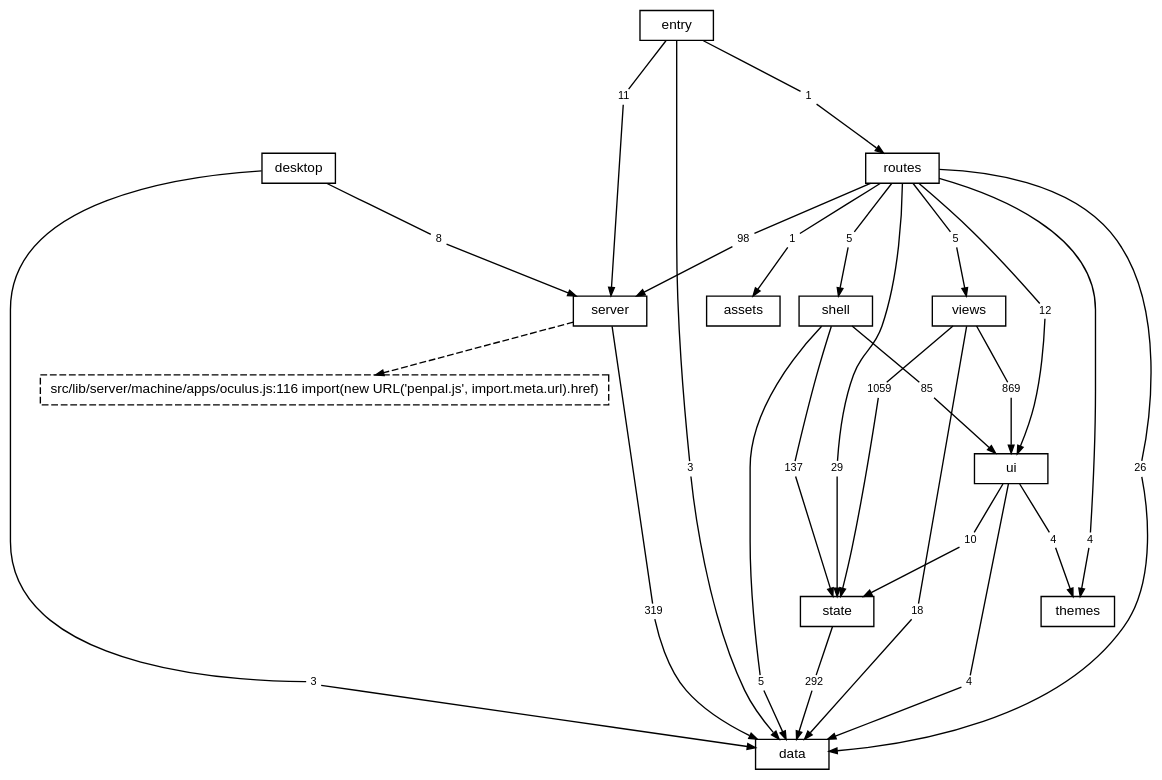
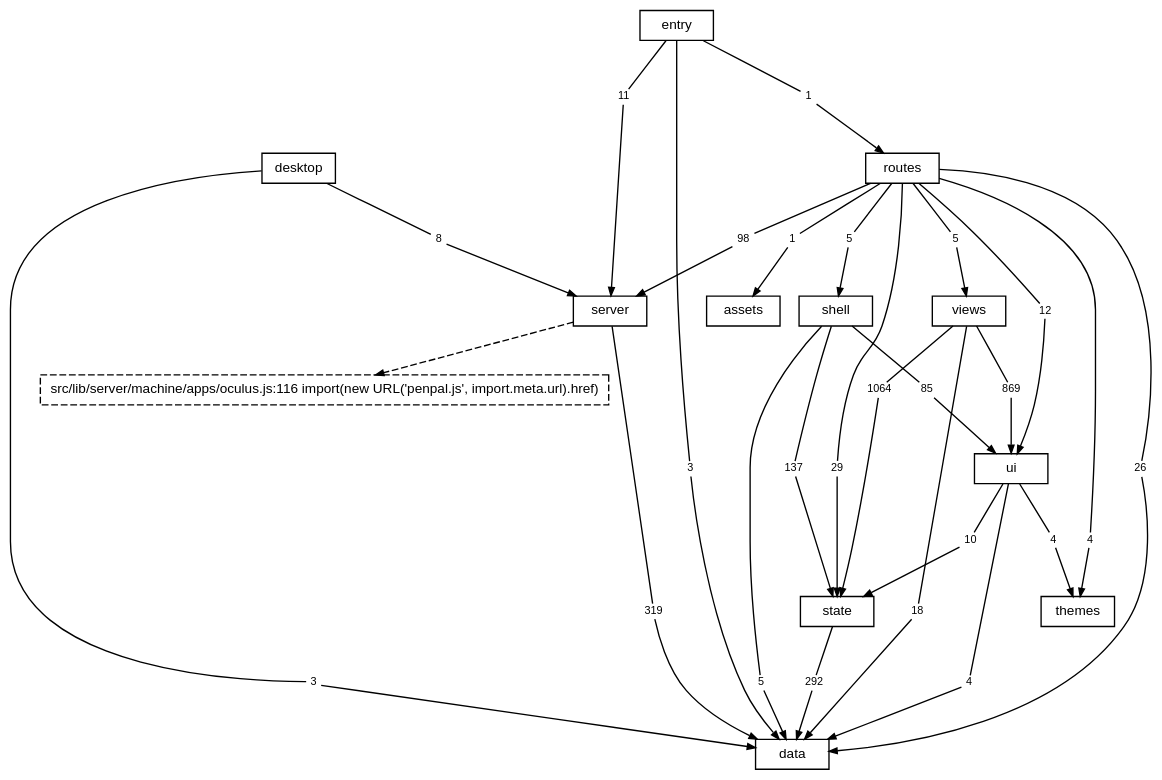
One commit to TheAxeC/oculus changed the diagram in docs/diagrams/layers.dot. Above: the diagram before and after it, drawn with Graphviz. The commit also changed 49 other files, not shown here.

```diff
--- a/docs/diagrams/layers.dot
+++ b/docs/diagrams/layers.dot
@@ -1,90 +1,90 @@
 digraph layers {
     graph [bgcolor="transparent", rankdir=TB, newrank=true, fontname="Helvetica,Arial,sans-serif", fontsize=12, nodesep=0.2, ranksep=0.5];
     node [shape=box, color="black", fontcolor="black", fontname="Helvetica,Arial,sans-serif", fontsize=10, height=0.3, margin="0.12,0.04"];
     edge [color="black", fontcolor="black", fontname="Helvetica,Arial,sans-serif", fontsize=8, arrowsize=0.6];
     "data";
     "server";
     "state";
     "ui";
     "shell";
     "views";
     "themes";
     "routes";
     "desktop";
     "src" [label="entry"];
     "files: assets" [label="assets"];
     "? src/lib/server/machine/apps/oculus.js:116" [label="src/lib/server/machine/apps/oculus.js:116 import(new URL('penpal.js', import.meta.url).href)", style=dashed];
     "desktop to data" [label="3", shape=box, color="transparent", fontsize=8, width=0, height=0, margin="0.04,0.02"];
     "desktop" -> "desktop to data" [arrowhead=none];
     "desktop to data" -> "data" [];
     "desktop to server" [label="8", shape=box, color="transparent", fontsize=8, width=0, height=0, margin="0.04,0.02"];
     "desktop" -> "desktop to server" [arrowhead=none];
     "desktop to server" -> "server" [];
     "routes to data" [label="26", shape=box, color="transparent", fontsize=8, width=0, height=0, margin="0.04,0.02"];
     "routes" -> "routes to data" [arrowhead=none];
     "routes to data" -> "data" [];
     "routes to files: assets" [label="1", shape=box, color="transparent", fontsize=8, width=0, height=0, margin="0.04,0.02"];
     "routes" -> "routes to files: assets" [arrowhead=none];
     "routes to files: assets" -> "files: assets" [];
     "routes to server" [label="98", shape=box, color="transparent", fontsize=8, width=0, height=0, margin="0.04,0.02"];
     "routes" -> "routes to server" [arrowhead=none];
     "routes to server" -> "server" [];
     "routes to shell" [label="5", shape=box, color="transparent", fontsize=8, width=0, height=0, margin="0.04,0.02"];
     "routes" -> "routes to shell" [arrowhead=none];
     "routes to shell" -> "shell" [];
     "routes to state" [label="29", shape=box, color="transparent", fontsize=8, width=0, height=0, margin="0.04,0.02"];
     "routes" -> "routes to state" [arrowhead=none];
     "routes to state" -> "state" [];
     "routes to themes" [label="4", shape=box, color="transparent", fontsize=8, width=0, height=0, margin="0.04,0.02"];
     "routes" -> "routes to themes" [arrowhead=none];
     "routes to themes" -> "themes" [];
     "routes to ui" [label="12", shape=box, color="transparent", fontsize=8, width=0, height=0, margin="0.04,0.02"];
     "routes" -> "routes to ui" [arrowhead=none];
     "routes to ui" -> "ui" [];
     "routes to views" [label="5", shape=box, color="transparent", fontsize=8, width=0, height=0, margin="0.04,0.02"];
     "routes" -> "routes to views" [arrowhead=none];
     "routes to views" -> "views" [];
     "server to data" [label="319", shape=box, color="transparent", fontsize=8, width=0, height=0, margin="0.04,0.02"];
     "server" -> "server to data" [arrowhead=none];
     "server to data" -> "data" [];
     "shell to data" [label="5", shape=box, color="transparent", fontsize=8, width=0, height=0, margin="0.04,0.02"];
     "shell" -> "shell to data" [arrowhead=none];
     "shell to data" -> "data" [];
     "shell to state" [label="137", shape=box, color="transparent", fontsize=8, width=0, height=0, margin="0.04,0.02"];
     "shell" -> "shell to state" [arrowhead=none];
     "shell to state" -> "state" [];
     "shell to ui" [label="85", shape=box, color="transparent", fontsize=8, width=0, height=0, margin="0.04,0.02"];
     "shell" -> "shell to ui" [arrowhead=none];
     "shell to ui" -> "ui" [];
     "src to data" [label="3", shape=box, color="transparent", fontsize=8, width=0, height=0, margin="0.04,0.02"];
     "src" -> "src to data" [arrowhead=none];
     "src to data" -> "data" [];
     "src to routes" [label="1", shape=box, color="transparent", fontsize=8, width=0, height=0, margin="0.04,0.02"];
     "src" -> "src to routes" [arrowhead=none];
     "src to routes" -> "routes" [];
     "src to server" [label="11", shape=box, color="transparent", fontsize=8, width=0, height=0, margin="0.04,0.02"];
     "src" -> "src to server" [arrowhead=none];
     "src to server" -> "server" [];
     "state to data" [label="292", shape=box, color="transparent", fontsize=8, width=0, height=0, margin="0.04,0.02"];
     "state" -> "state to data" [arrowhead=none];
     "state to data" -> "data" [];
     "ui to data" [label="4", shape=box, color="transparent", fontsize=8, width=0, height=0, margin="0.04,0.02"];
     "ui" -> "ui to data" [arrowhead=none];
     "ui to data" -> "data" [];
     "ui to state" [label="10", shape=box, color="transparent", fontsize=8, width=0, height=0, margin="0.04,0.02"];
     "ui" -> "ui to state" [arrowhead=none];
     "ui to state" -> "state" [];
     "ui to themes" [label="4", shape=box, color="transparent", fontsize=8, width=0, height=0, margin="0.04,0.02"];
     "ui" -> "ui to themes" [arrowhead=none];
     "ui to themes" -> "themes" [];
     "views to data" [label="18", shape=box, color="transparent", fontsize=8, width=0, height=0, margin="0.04,0.02"];
     "views" -> "views to data" [arrowhead=none];
     "views to data" -> "data" [];
-    "views to state" [label="1059", shape=box, color="transparent", fontsize=8, width=0, height=0, margin="0.04,0.02"];
+    "views to state" [label="1064", shape=box, color="transparent", fontsize=8, width=0, height=0, margin="0.04,0.02"];
     "views" -> "views to state" [arrowhead=none];
     "views to state" -> "state" [];
     "views to ui" [label="869", shape=box, color="transparent", fontsize=8, width=0, height=0, margin="0.04,0.02"];
     "views" -> "views to ui" [arrowhead=none];
     "views to ui" -> "ui" [];
     "server" -> "? src/lib/server/machine/apps/oculus.js:116" [style=dashed];
 }
```
